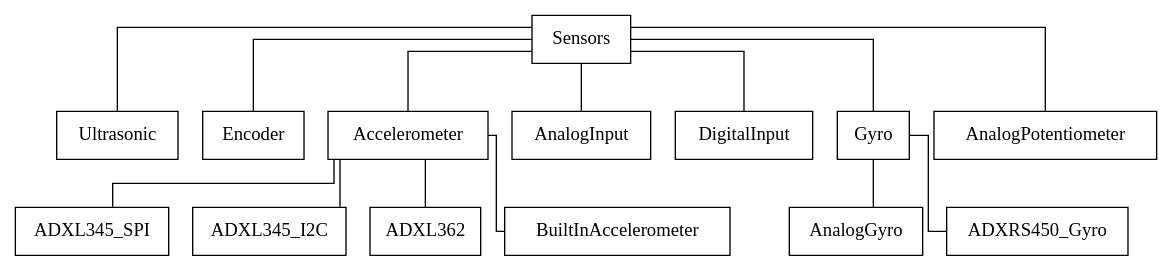
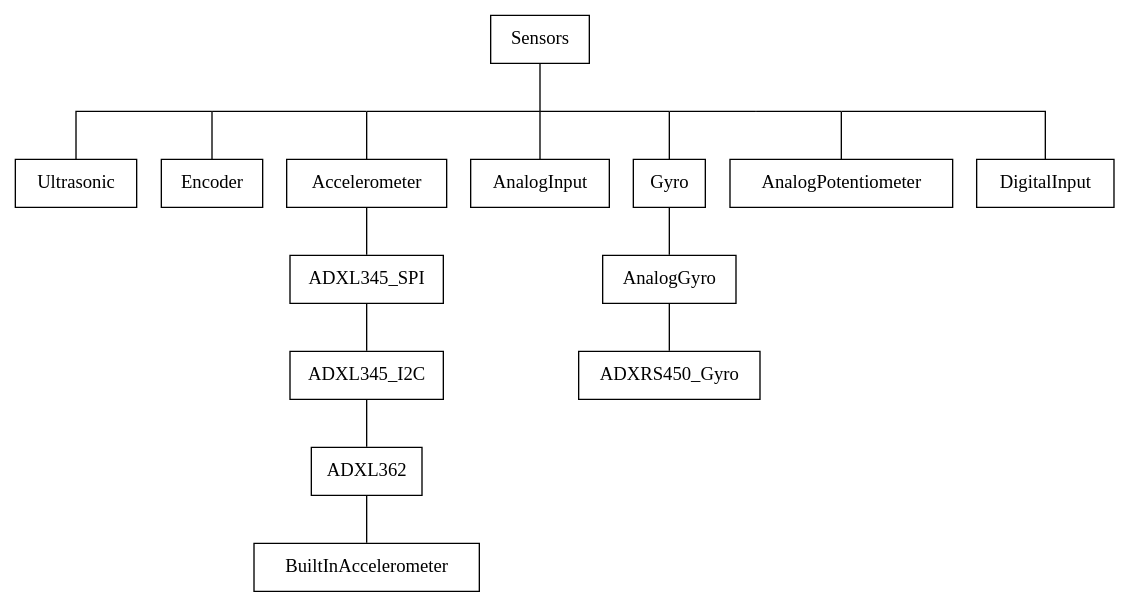
Before and after one commit to wpilibsuite/frc-docs: the diagram in source/docs/software/sensors/sensor-overview-software.rst, drawn with Graphviz.

Commit message:
Merges the lines together in sensors overview

```diff
--- a/source/docs/software/sensors/sensor-overview-software.rst
+++ b/source/docs/software/sensors/sensor-overview-software.rst
@@ -15,10 +15,19 @@
 .. graphviz::
 
-    graph sensorclasses {
-        bgcolor="#FFFFFF00"
-        splines=ortho
-        node [shape=rectangle]
-        Sensors -- {Ultrasonic Encoder Accelerometer AnalogInput DigitalInput Gyro AnalogPotentiometer}
-        Accelerometer -- {ADXL345_SPI ADXL345_I2C ADXL362 BuiltInAccelerometer}
-        Gyro -- {AnalogGyro ADXRS450_Gyro}
+    graph {
+        splines=ortho;
+        Sensors [shape=box]
+        {1, 2, 3, 4, 5, 6, 7, 8, 9, 10 [width=0, shape=point, style=invis];}
+        {rank=same; 1 -- 2 -- 3 -- 4 -- 5 -- 6;}
+        Sensors -- 3
+        node [shape=box]
+        1 -- Ultrasonic
+        1 -- Encoder
+        2 -- Accelerometer
+        3 -- AnalogInput
+        4 -- Gyro
+        6 -- DigitalInput
+        6 -- AnalogPotentiometer
+        Accelerometer -- ADXL345_SPI -- ADXL345_I2C -- ADXL362 -- BuiltInAccelerometer
+        Gyro -- AnalogGyro -- ADXRS450_Gyro
     }
```
